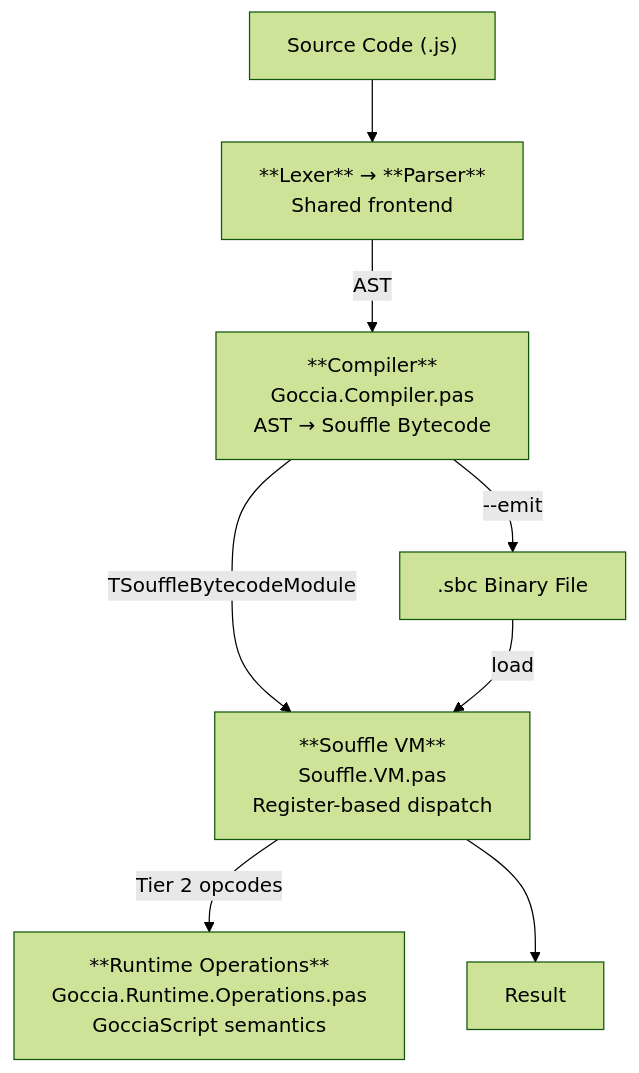
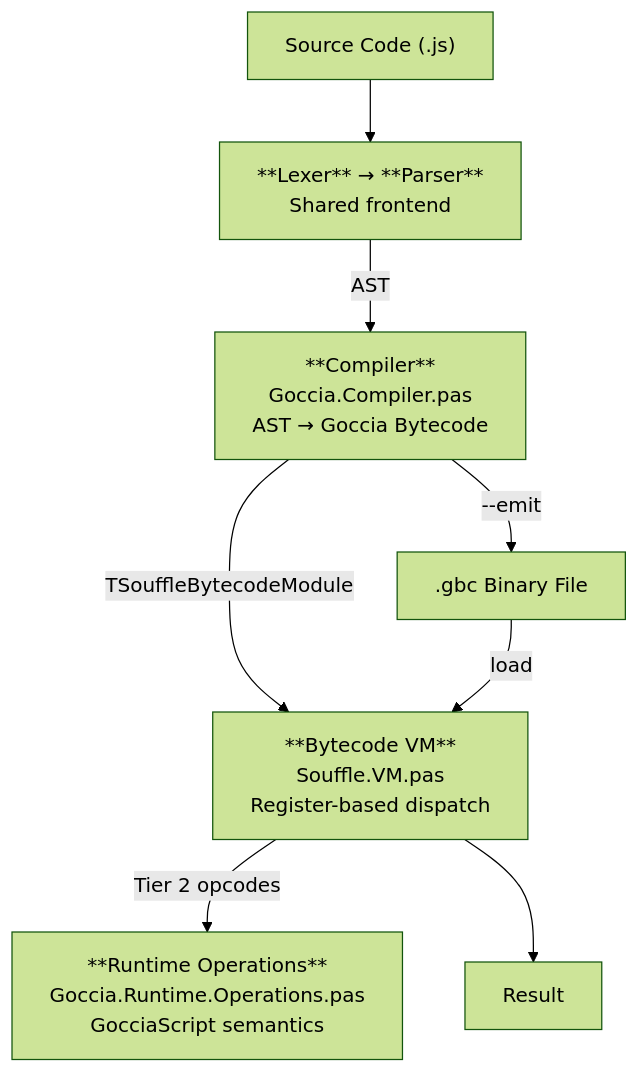
One commit to frostney/GocciaScript changed the second of 5 diagrams in docs/architecture.md. Above: the diagram before and after it, drawn with Mermaid (forest theme). The commit also changed other lines of this file and 79 other files, not shown here.

Commit message:
Fold Souffle VM into GocciaScript

````diff
--- a/docs/architecture.md
+++ b/docs/architecture.md
@@ -32,15 +32,15 @@
 ```mermaid
 flowchart TD
     Source["Source Code (.js)"]
     Source --> Lexer
     Lexer["**Lexer** → **Parser**\nShared frontend"]
     Lexer -->|"AST"| Compiler
-    Compiler["**Compiler**\nGoccia.Compiler.pas\nAST → Souffle Bytecode"]
+    Compiler["**Compiler**\nGoccia.Compiler.pas\nAST → Goccia Bytecode"]
     Compiler -->|"TSouffleBytecodeModule"| VM
-    Compiler -->|"--emit"| SBC[".sbc Binary File"]
+    Compiler -->|"--emit"| SBC[".gbc Binary File"]
     SBC -->|"load"| VM
-    VM["**Souffle VM**\nSouffle.VM.pas\nRegister-based dispatch"]
+    VM["**Bytecode VM**\nSouffle.VM.pas\nRegister-based dispatch"]
     VM -->|"Tier 2 opcodes"| Runtime
     Runtime["**Runtime Operations**\nGoccia.Runtime.Operations.pas\nGocciaScript semantics"]
     VM --> Result
 ```
````
